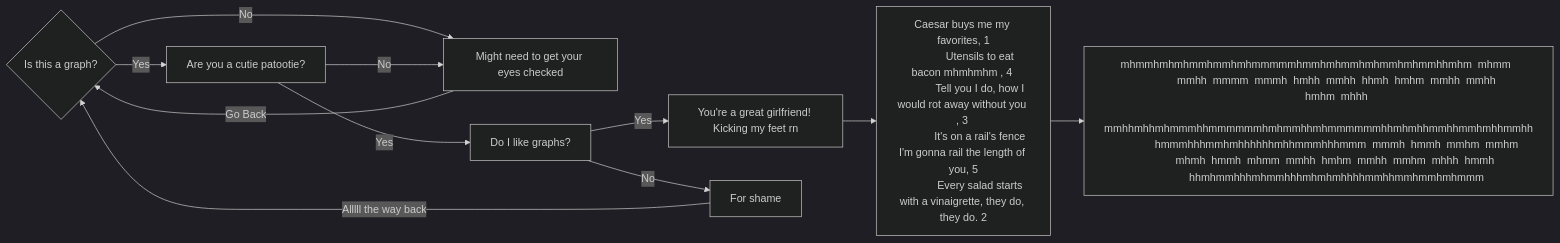
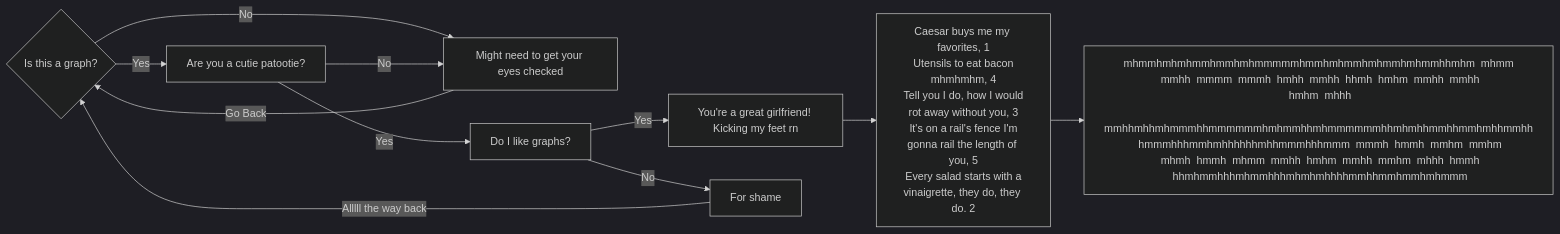
One commit to zyoungs18/MorganHeHeHe changed the diagram in README.md. Above: the diagram before and after it, drawn with Mermaid (dark theme).

````diff
--- a/README.md
+++ b/README.md
@@ -5,25 +5,13 @@
 ```mermaid
 graph LR 
     A{Is this a graph?} -- Yes --> B[Are you a cutie patootie?]
     A -- No --> C[Might need to get your eyes checked]
     B -- No --> C
     C -- Go Back --> A
     B -- Yes --> D[Do I like graphs?]
     D -- Yes --> E[You're a great girlfriend! Kicking my feet rn]
     D -- No --> F[For shame]
     F -- Alllll the way back --> A
-    E --> G[Caesar buys me my favorites, 1
-            Utensils to eat bacon mhmhmhm , 4 
-            Tell you I do, how I would rot away without you , 3 
-            It's on a rail's fence I'm gonna rail the length of you, 5
-            Every salad starts with a vinaigrette, they do, they do. 2 
-            ]
-    G --> H[mhmmhmhmhmmhmmhmhmmmmmhmmhmhmmhmhmmhmhmmhhmhm  mhmm  
-            mmhh  mmmm  mmmh  hmhh  mmhh  hhmh  hmhm  mmhh  mmhh
-            hmhm  mhhh
-            mmhhmhhmhmmmhhmmmmmmhmhmmhhmhmmmmmmhhmhmhhmmhhmmhmhhmmhh
-            hmmmhhhmmhmhhhhhhmhhmmmhhhmmm  mmmh  hmmh  mmhm  mmhm
-            mhmh  hmmh  mhmm  mmhh  hmhm  mmhh  mmhm  mhhh  hmmh 
-            hhmhmmhhhmhmmhhhmhmhmhhhhmmhhmmhmmhmhmmm
-            ]
+    E --> G["Caesar buys me my favorites, 1<br> Utensils to eat bacon mhmhmhm, 4<br> Tell you I do, how I would rot away without you, 3<br> It's on a rail's fence I'm gonna rail the length of you, 5<br> Every salad starts with a vinaigrette, they do, they do. 2"]
+    G --> H["mhmmhmhmhmmhmmhmhmmmmmhmmhmhmmhmhmmhmhmmhhmhm  mhmm<br> mmhh  mmmm  mmmh  hmhh  mmhh  hhmh  hmhm  mmhh  mmhh<br> hmhm  mhhh<br> mmhhmhhmhmmmhhmmmmmmhmhmmhhmhmmmmmmhhmhmhhmmhhmmhmhhmmhh<br> hmmmhhhmmhmhhhhhhmhhmmmhhhmmm  mmmh  hmmh  mmhm  mmhm<br> mhmh  hmmh  mhmm  mmhh  hmhm  mmhh  mmhm  mhhh  hmmh<br> hhmhmmhhhmhmmhhhmhmhmhhhhmmhhmmhmmhmhmmm"]
 ``` 
````
